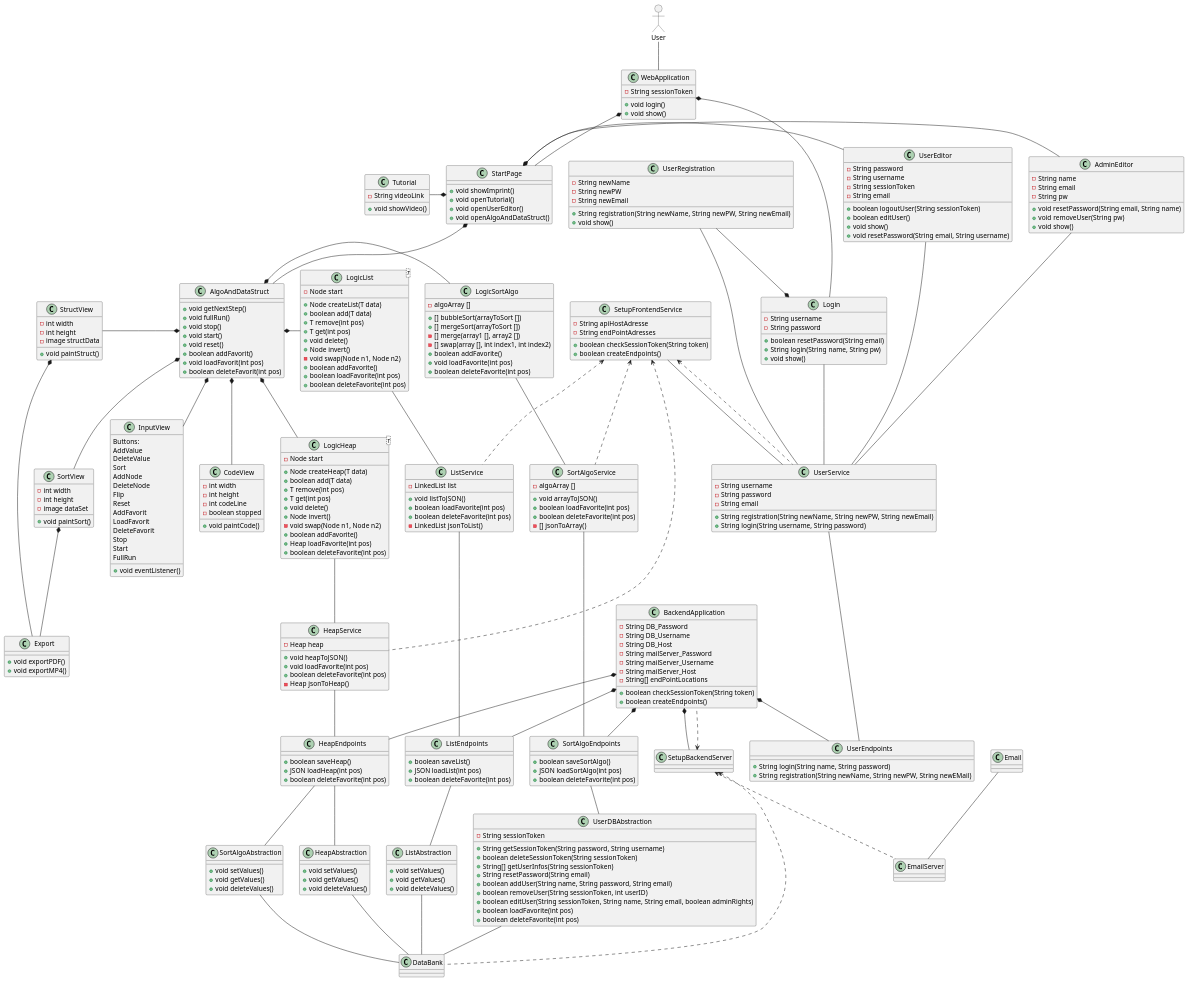
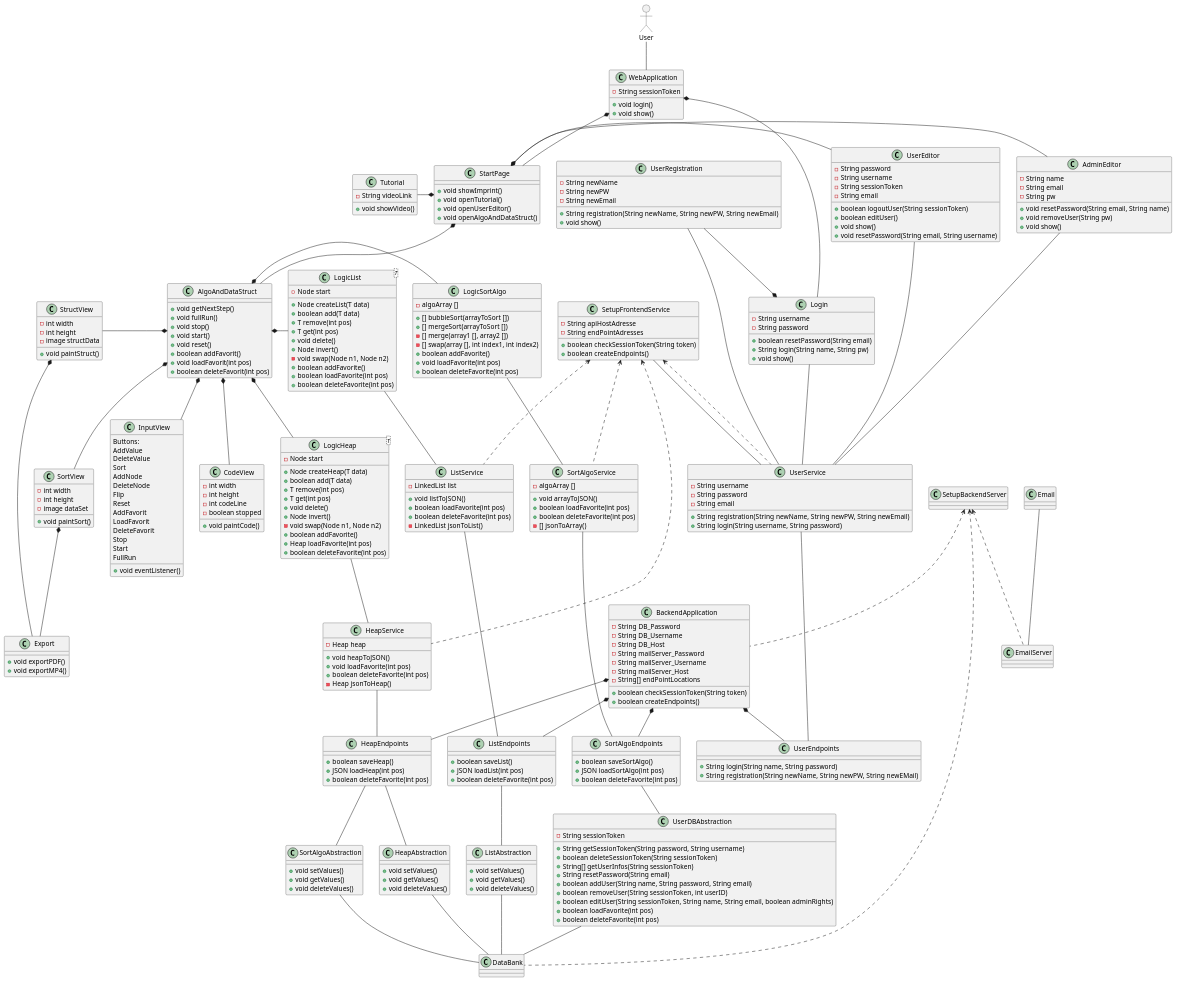
One commit to schmidti2002/Softwarepraktikum changed the diagram in Meilensteine/Meilenstein_03/Visual.puml. Above: the diagram before and after it, drawn with PlantUML.

```diff
--- a/Meilensteine/Meilenstein_03/Visual.puml
+++ b/Meilensteine/Meilenstein_03/Visual.puml
@@ -342,7 +342,6 @@
 BackendApplication *-- HeapEndpoints
 BackendApplication *-- ListEndpoints
 BackendApplication *-- UserEndpoints
-BackendApplication *-- SetupBackendServer
 
 HeapEndpoints -- SortAlgoAbstraction
 HeapEndpoints -- HeapAbstraction
```
